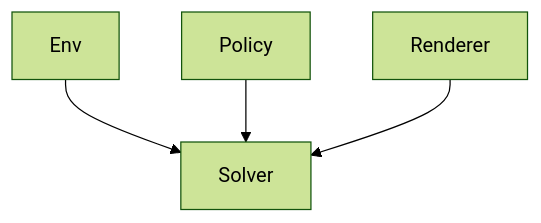
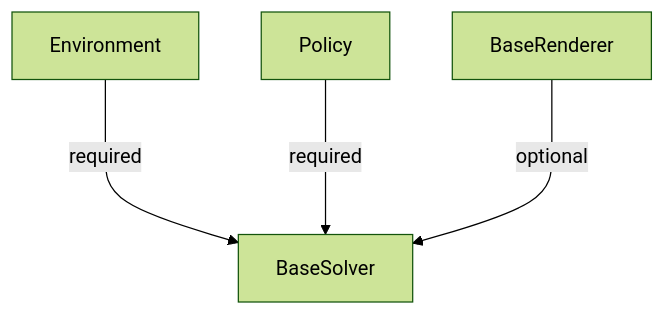
Before and after one commit to aiAdrian/flatland_solver_policy: the first of 3 diagrams in README.md, drawn with Mermaid (forest theme).

````diff
--- a/README.md
+++ b/README.md
@@ -23,6 +23,6 @@
 ```mermaid
 graph TD;
-    Env-->Solver;
-    Policy-->Solver;
-    Renderer-->Solver;
+    Environment ---> |required| BaseSolver;
+    Policy ---> |required| BaseSolver;
+    BaseRenderer ---> |optional| BaseSolver;
 ```
````
